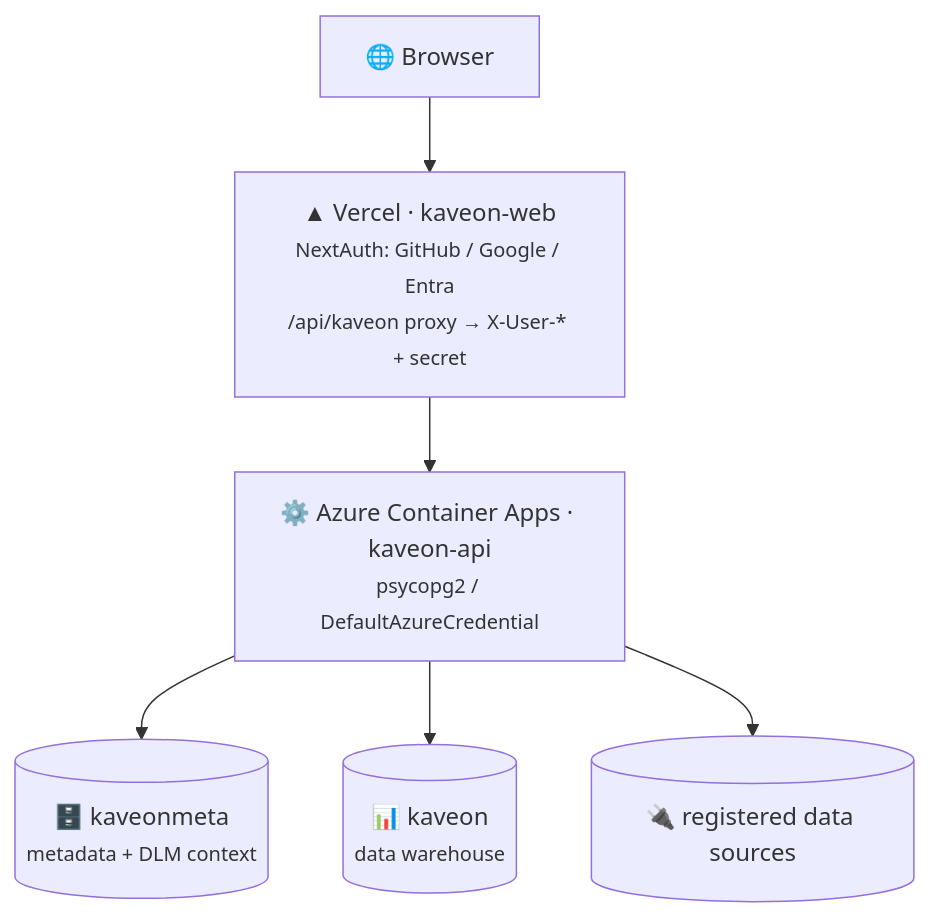
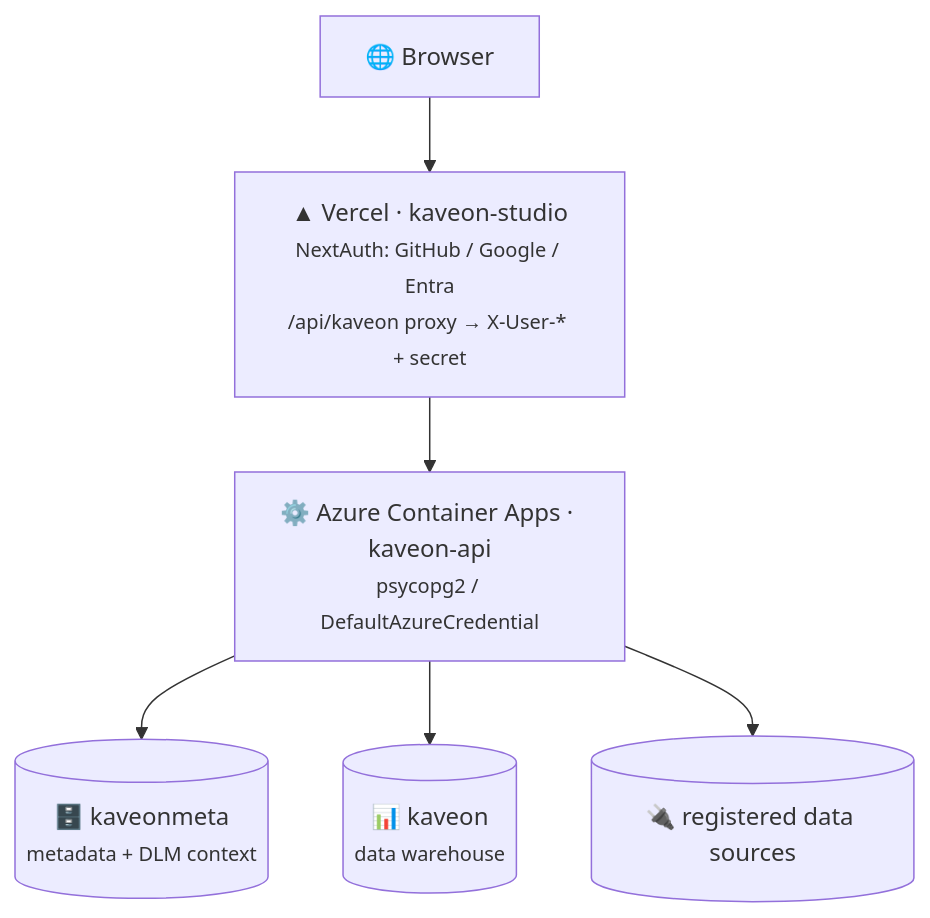
Before and after one commit to PruthviProdduturi/Kaveon: the diagram in DEPLOYMENT.md, drawn with Mermaid. The commit also changed other lines of this file and 267 other files, not shown here.

First line of the commit message:
refactor: platform architecture — studio + api + engine + dlm

````diff
--- a/DEPLOYMENT.md
+++ b/DEPLOYMENT.md
@@ -10,13 +10,13 @@
 ```mermaid
 flowchart TD
     B["🌐 Browser"]
-    V["▲ Vercel · kaveon-web<br/><small>NextAuth: GitHub / Google / Entra<br/>/api/kaveon proxy → X-User-* + secret</small>"]
+    V["▲ Vercel · kaveon-studio<br/><small>NextAuth: GitHub / Google / Entra<br/>/api/kaveon proxy → X-User-* + secret</small>"]
     A["⚙️ Azure Container Apps · kaveon-api<br/><small>psycopg2 / DefaultAzureCredential</small>"]
     M[("🗄️ kaveonmeta<br/><small>metadata + DLM context</small>")]
     D[("📊 kaveon<br/><small>data warehouse</small>")]
     X[("🔌 registered data sources")]
     B --> V --> A
     A --> M
     A --> D
     A --> X
 ```
````
